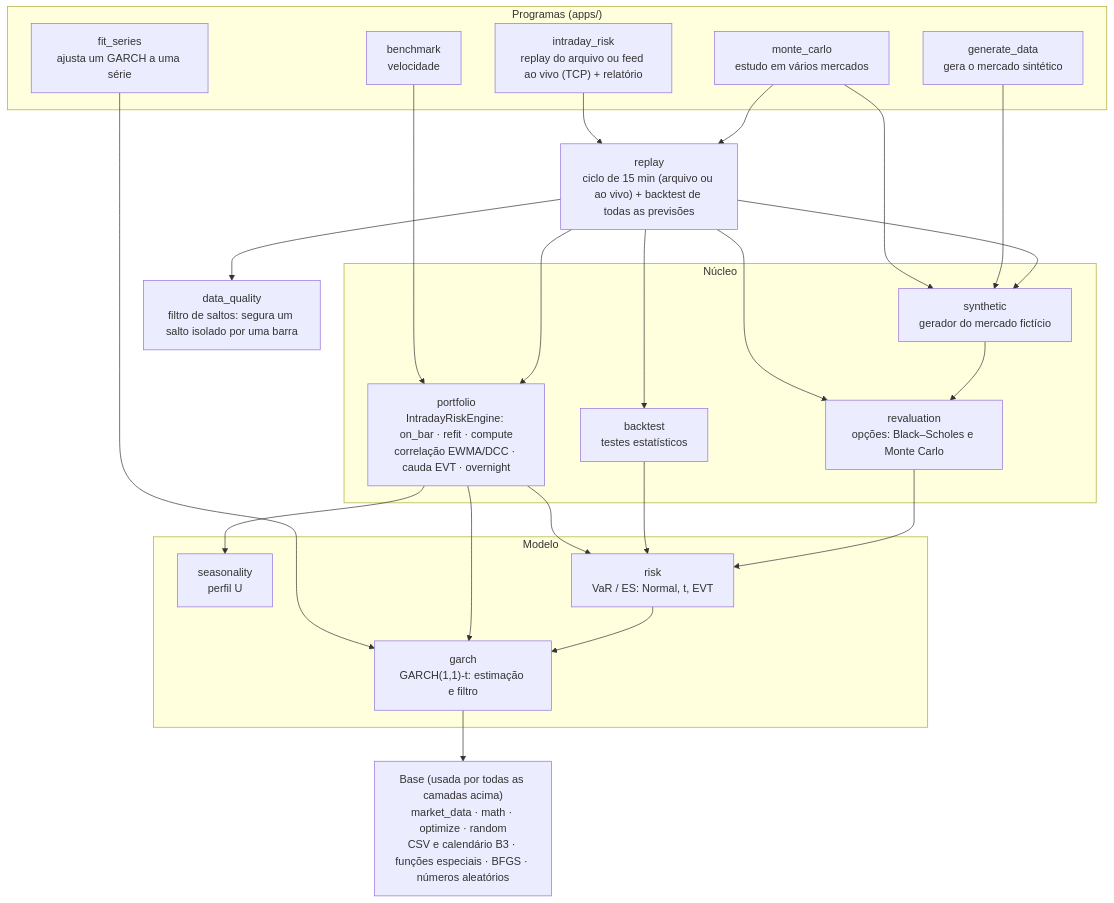
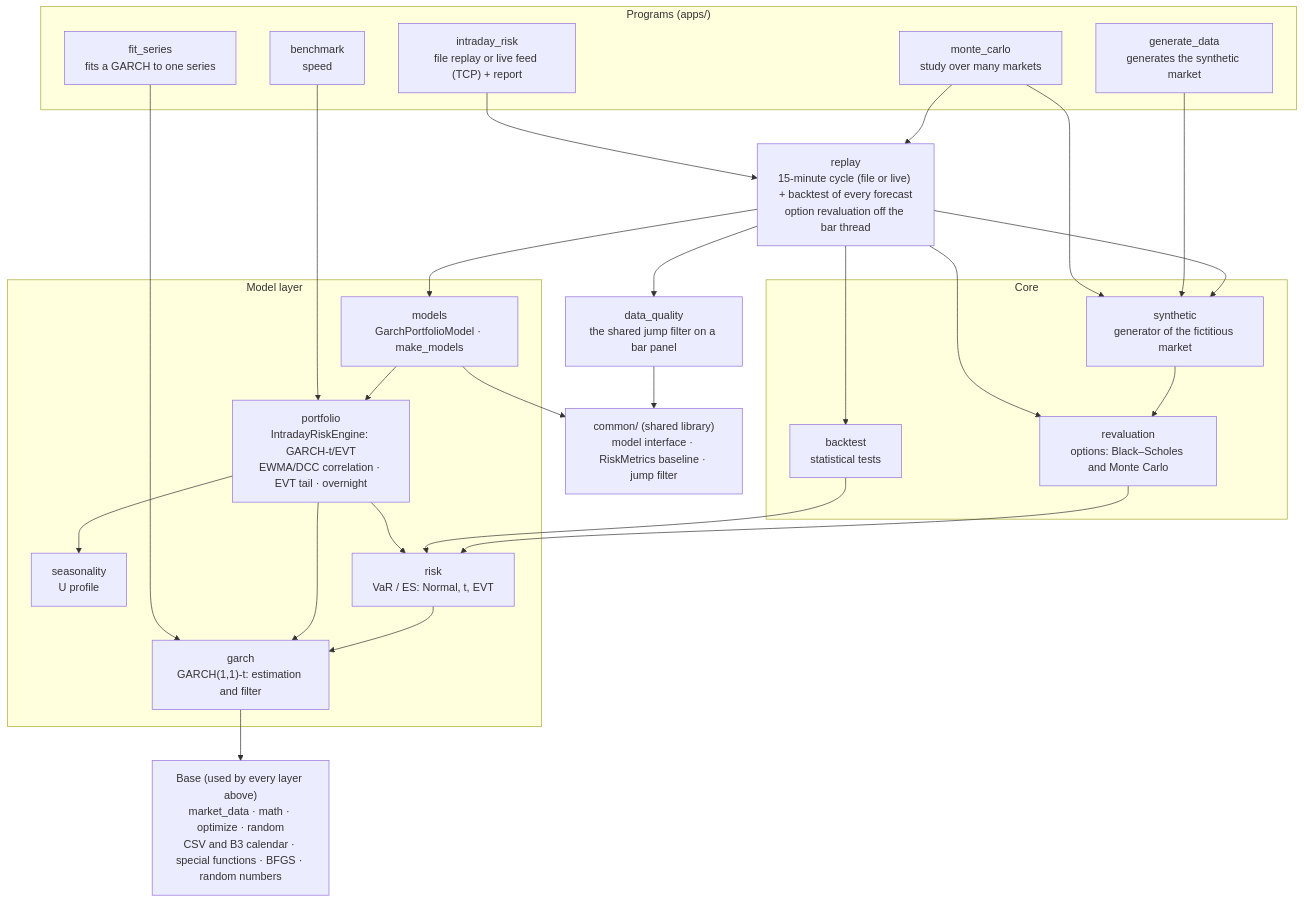
One commit to gustavoscardino/intraday-risk-engine changed the fifth of 6 diagrams in architecture/README.md. Above: the diagram before and after it, drawn with Mermaid. The commit also changed other lines of this file and 97 other files, not shown here.

First line of the commit message:
Documentation and results for the shared library and the second ATAM round

````diff
--- a/architecture/README.md
+++ b/architecture/README.md
@@ -191,40 +185,45 @@
 ```mermaid
 flowchart TB
-    subgraph Apps["Programas (apps/)"]
-        IR["intraday_risk<br/>replay do arquivo ou feed ao vivo (TCP) + relatório"]
-        MC["monte_carlo<br/>estudo em vários mercados"]
-        GD["generate_data<br/>gera o mercado sintético"]
-        FS["fit_series<br/>ajusta um GARCH a uma série"]
-        BM["benchmark<br/>velocidade"]
+    subgraph Apps["Programs (apps/)"]
+        IR["intraday_risk<br/>file replay or live feed (TCP) + report"]
+        MC["monte_carlo<br/>study over many markets"]
+        GD["generate_data<br/>generates the synthetic market"]
+        FS["fit_series<br/>fits a GARCH to one series"]
+        BM["benchmark<br/>speed"]
     end
 
-    REP["replay<br/>ciclo de 15 min (arquivo ou ao vivo) + backtest de todas as previsões"]
-    DQ["data_quality<br/>filtro de saltos: segura um salto isolado por uma barra"]
+    REP["replay<br/>15-minute cycle (file or live) + backtest of every forecast<br/>option revaluation off the bar thread"]
+    DQ["data_quality<br/>the shared jump filter on a bar panel"]
 
-    subgraph Nucleo["Núcleo"]
-        PF["portfolio<br/>IntradayRiskEngine: on_bar · refit · compute<br/>correlação EWMA/DCC · cauda EVT · overnight"]
-        BT["backtest<br/>testes estatísticos"]
-        RV["revaluation<br/>opções: Black–Scholes e Monte Carlo"]
-        SY["synthetic<br/>gerador do mercado fictício"]
+    subgraph Core["Core"]
+        BT["backtest<br/>statistical tests"]
+        RV["revaluation<br/>options: Black–Scholes and Monte Carlo"]
+        SY["synthetic<br/>generator of the fictitious market"]
     end
 
-    subgraph Modelo["Modelo"]
-        SE["seasonality<br/>perfil U"]
-        GA["garch<br/>GARCH(1,1)-t: estimação e filtro"]
+    subgraph Model["Model layer"]
+        MO["models<br/>GarchPortfolioModel · make_models"]
+        PF["portfolio<br/>IntradayRiskEngine: GARCH-t/EVT<br/>EWMA/DCC correlation · EVT tail · overnight"]
+        SE["seasonality<br/>U profile"]
+        GA["garch<br/>GARCH(1,1)-t: estimation and filter"]
         RK["risk<br/>VaR / ES: Normal, t, EVT"]
     end
 
-    BASE["Base (usada por todas as camadas acima)<br/>market_data · math · optimize · random<br/>CSV e calendário B3 · funções especiais · BFGS · números aleatórios"]
+    CO["common/ (shared library)<br/>model interface · RiskMetrics baseline · jump filter"]
+
+    BASE["Base (used by every layer above)<br/>market_data · math · optimize · random<br/>CSV and B3 calendar · special functions · BFGS · random numbers"]
 
     IR --> REP
     MC --> REP & SY
     GD --> SY
     FS --> GA
     BM --> PF
-    REP --> PF & BT & RV & SY & DQ
+    REP --> MO & BT & RV & SY & DQ
+    MO --> PF & CO
+    DQ --> CO
     PF --> SE & GA & RK
     BT & RV --> RK
     SY --> RV
     RK --> GA
     GA --> BASE
 ```
````
